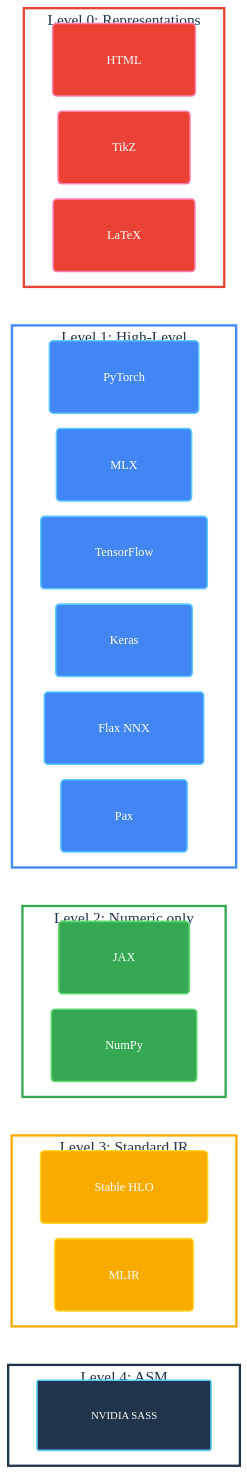
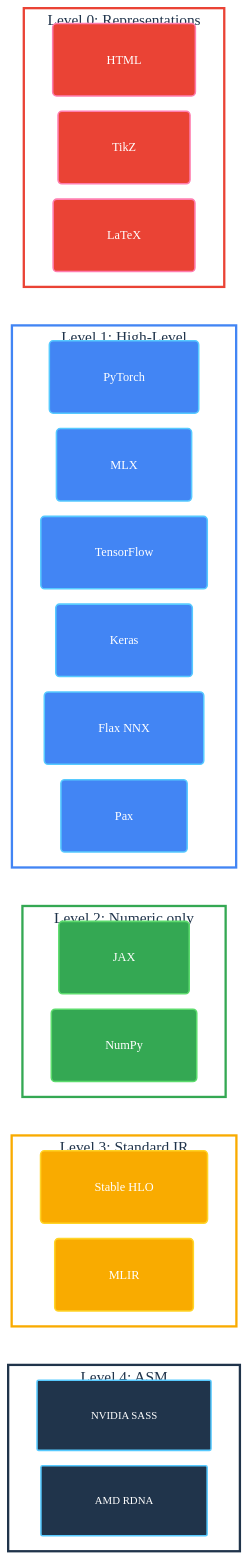
The first of 2 diagrams in README.md (SamuelMarks/ml-switcheroo), drawn with Mermaid (forest theme) before and after one commit. The commit also changed other lines of this file and 24 other files, not shown here.

Commit message:
AMD RDNA

```diff
--- a/README.md
+++ b/README.md
@@ -37,7 +38,7 @@
     classDef l3Node fill: #f9ab00, stroke: #ffd427, stroke-width: 2px, color: #ffffff, font-family: 'Google Sans Normal', font-size: 16px, rx: 5px, ry: 5px;
 
 %% Hardware: Navy (SASS) - Roboto Mono
-    classDef sassNode fill: #20344b, stroke: #57caff, stroke-width: 2px, color: #ffffff, font-family: 'Roboto Mono Normal', font-size: 14px, rx: 2px, ry: 2px;
+    classDef asmNode fill: #20344b, stroke: #57caff, stroke-width: 2px, color: #ffffff, font-family: 'Roboto Mono Normal', font-size: 14px, rx: 2px, ry: 2px;
 
 %% --- 2. Subgraph Styling --- 
 %% White backgrounds to ensure text readability + visual grouping
@@ -81,6 +82,7 @@
     subgraph LBottom [Level 4: ASM]
         direction LR
         SASS[NVIDIA SASS]
+        RDNA[AMD RDNA]
     end
 
 %% --- 4. Connections ---
@@ -93,7 +95,8 @@
     class PyTorch,MLX,TensorFlow,Keras,FlaxNNX,Pax l1Node;
     class JAX,NumPy l2Node;
     class StableHLO,MLIR l3Node;
-    class SASS sassNode;
+    class SASS asmNode;
+    class RDNA asmNode;
     class L0 containerL0;
     class L1 containerL1;
     class L2 containerL2;
```
